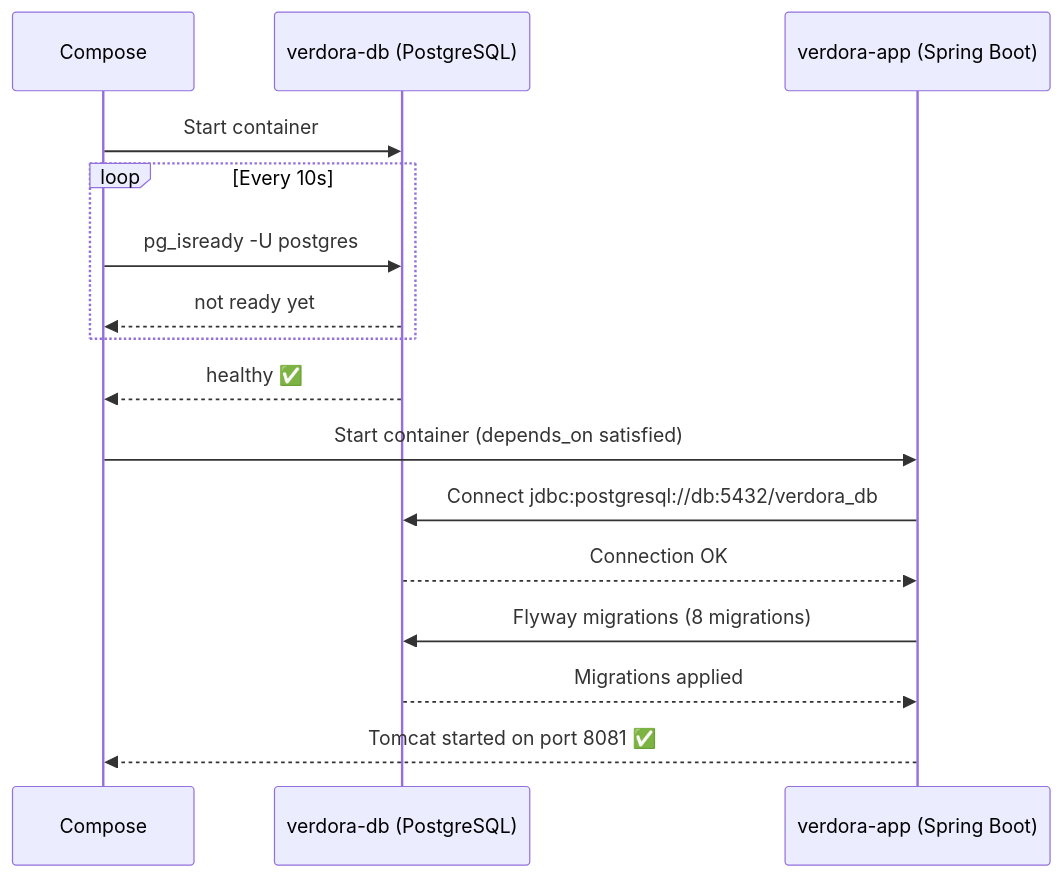
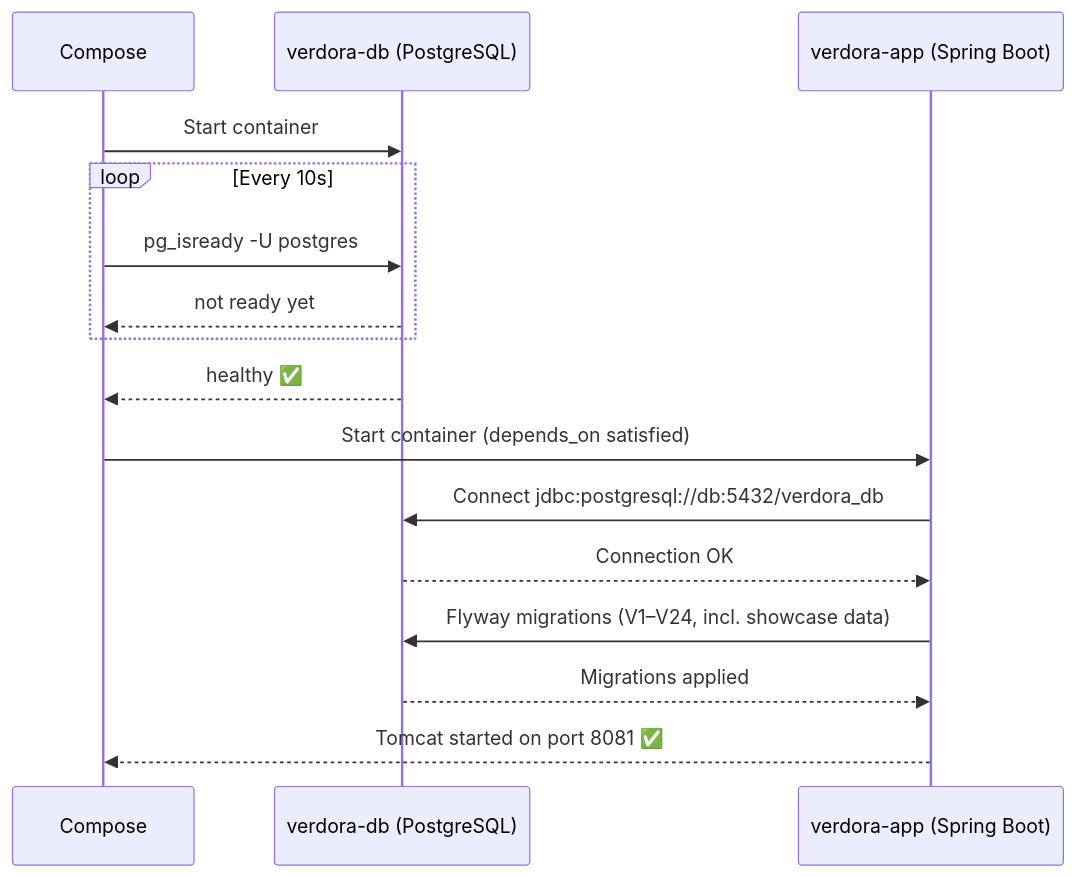
One commit to MaksymChalyi/Verdora-backend changed the fifth of 6 diagrams in docs/docker/docker.md. Above: the diagram before and after it, drawn with Mermaid. The commit also changed other lines of this file and 10 other files, not shown here.

````diff
--- a/docs/docker/docker.md
+++ b/docs/docker/docker.md
@@ -242,19 +248,19 @@
 ```mermaid
 sequenceDiagram
     participant Compose
     participant DB as verdora-db (PostgreSQL)
     participant App as verdora-app (Spring Boot)
 
     Compose->>DB: Start container
     loop Every 10s
         Compose->>DB: pg_isready -U postgres
         DB-->>Compose: not ready yet
     end
     DB-->>Compose: healthy ✅
     Compose->>App: Start container (depends_on satisfied)
     App->>DB: Connect jdbc:postgresql://db:5432/verdora_db
     DB-->>App: Connection OK
-    App->>DB: Flyway migrations (8 migrations)
+    App->>DB: Flyway migrations (V1–V24, incl. showcase data)
     DB-->>App: Migrations applied
     App-->>Compose: Tomcat started on port 8081 ✅
 ```
````
